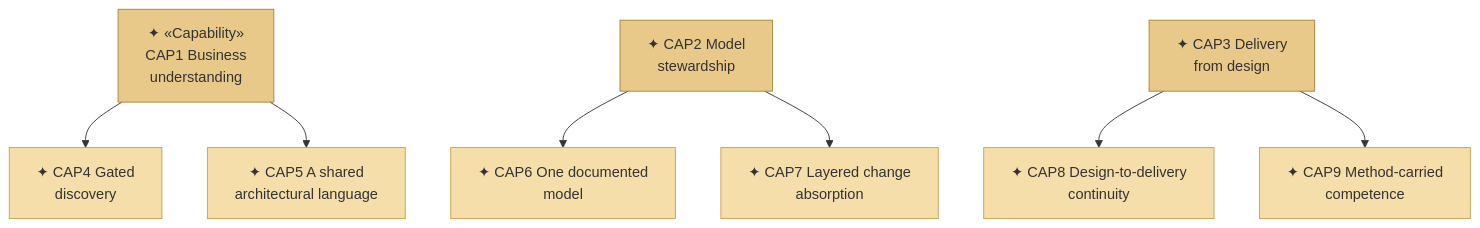
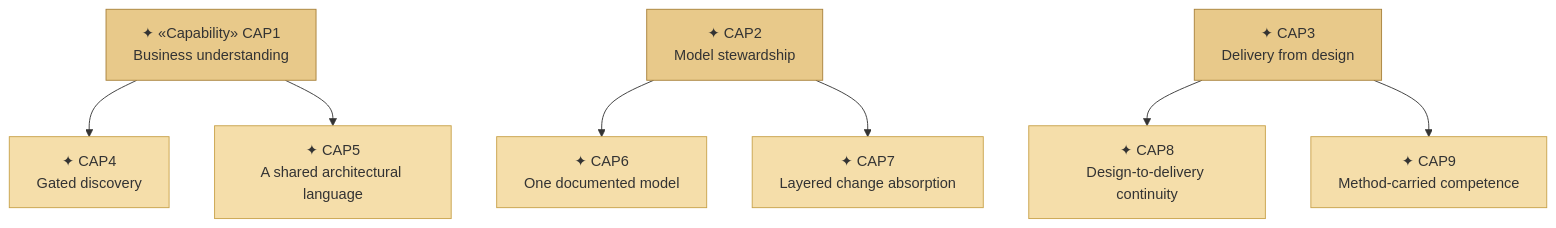
Before and after one commit to roanboc/architecture-archreator: the second of 6 diagrams in organization/docs/ea/1_strategy/2_capabilities-and-resources.md, drawn with Mermaid. The commit also changed other lines of this file and 6 other files, not shown here.

````diff
--- a/organization/docs/ea/1_strategy/2_capabilities-and-resources.md
+++ b/organization/docs/ea/1_strategy/2_capabilities-and-resources.md
@@ -66,23 +66,23 @@
 ```mermaid
 flowchart TB
-  cap1["✦ «Capability»<br>CAP1 Business<br>understanding"]:::area
-  cap2["✦ CAP2 Model<br>stewardship"]:::area
-  cap3["✦ CAP3 Delivery<br>from design"]:::area
+  cap1["✦ «Capability» CAP1<br>Business understanding"]:::area
+  cap2["✦ CAP2<br>Model stewardship"]:::area
+  cap3["✦ CAP3<br>Delivery from design"]:::area
 
-  cap4["✦ CAP4 Gated<br>discovery"]:::capability
-  cap5["✦ CAP5 A shared<br>architectural language"]:::capability
-  cap6["✦ CAP6 One documented<br>model"]:::capability
-  cap7["✦ CAP7 Layered change<br>absorption"]:::capability
-  cap8["✦ CAP8 Design-to-delivery<br>continuity"]:::capability
-  cap9["✦ CAP9 Method-carried<br>competence"]:::capability
+  cap4["✦ CAP4<br>Gated discovery"]:::capability
+  cap5["✦ CAP5<br>A shared architectural language"]:::capability
+  cap6["✦ CAP6<br>One documented model"]:::capability
+  cap7["✦ CAP7<br>Layered change absorption"]:::capability
+  cap8["✦ CAP8<br>Design-to-delivery continuity"]:::capability
+  cap9["✦ CAP9<br>Method-carried competence"]:::capability
 
   cap1 --> cap4
   cap1 --> cap5
   cap2 --> cap6
   cap2 --> cap7
   cap3 --> cap8
   cap3 --> cap9
 
   classDef area fill:#e8c98a,stroke:#a8813a,color:#333
   classDef capability fill:#f5deaa,stroke:#c8a24a,color:#333
 ```
````
